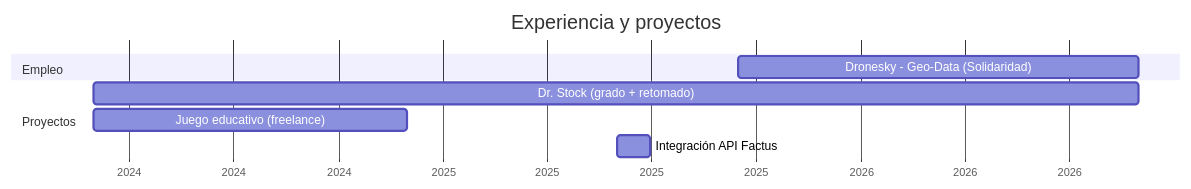
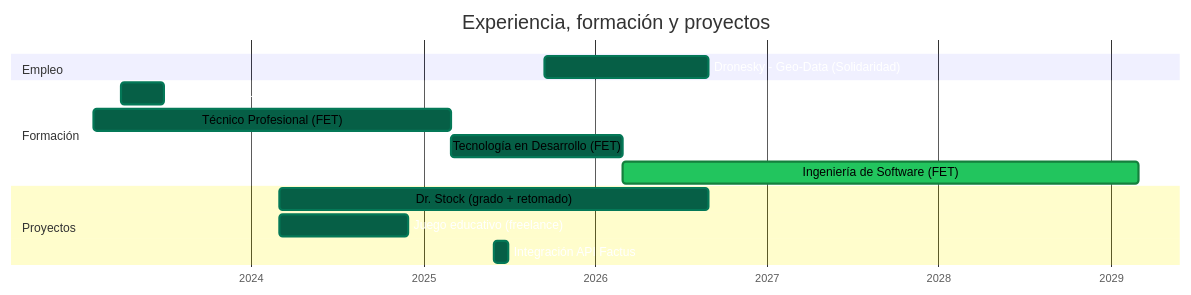
Before and after one commit to JuanJo24S/JuanJo24S: the diagram in README.md, drawn with Mermaid. The commit also changed other lines of this file, not shown here.

Commit message:
Revise timeline and remove GitHub activity section
Updated the timeline section with new titles and marked tasks as done. Removed GitHub activity section.

````diff
--- a/README.md
+++ b/README.md
@@ -58,12 +58,26 @@
 ```mermaid
+%%{init: { 'themeVariables': {
+  'doneTaskBkgColor': '#065f46',
+  'doneTaskBorderColor': '#047857',
+  'activeTaskBkgColor': '#22c55e',
+  'activeTaskBorderColor': '#15803d',
+  'taskTextColor': '#ffffff',
+  'taskTextLightColor': '#ffffff',
+  'taskTextOutsideColor': '#ffffff'
+}}}%%
 gantt
-    title Experiencia y proyectos
+    title Experiencia, formación y proyectos
     dateFormat  YYYY-MM-DD
     axisFormat  %Y
     section Empleo
-    Dronesky - Geo-Data (Solidaridad)      :2025-09-15, 2026-08-31
+    Dronesky - Geo-Data (Solidaridad)      :done, 2025-09-15, 2026-08-31
+    section Formación
+    Curso SQL - Guayerd + Beta Hub         :done, 2023-04-01, 2023-06-30
+    Técnico Profesional (FET)              :done, 2023-02-01, 2025-03-01
+    Tecnología en Desarrollo (FET)         :done, 2025-03-01, 2026-03-01
+    Ingeniería de Software (FET)           :active, 2026-03-01, 2029-03-01
     section Proyectos
-    Dr. Stock (grado + retomado)           :2024-03-01, 2026-08-31
-    Juego educativo (freelance)            :2024-03-01, 2024-11-30
-    Integración API Factus                 :2025-06-01, 2025-06-30
+    Dr. Stock (grado + retomado)           :done, 2024-03-01, 2026-08-31
+    Juego educativo (freelance)            :done, 2024-03-01, 2024-11-30
+    Integración API Factus                 :done, 2025-06-01, 2025-06-30
 ```
````
